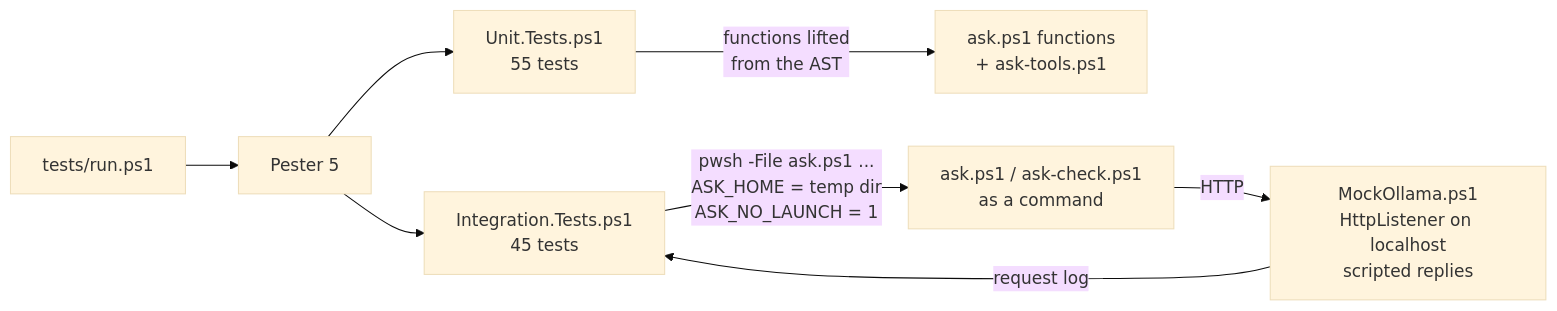
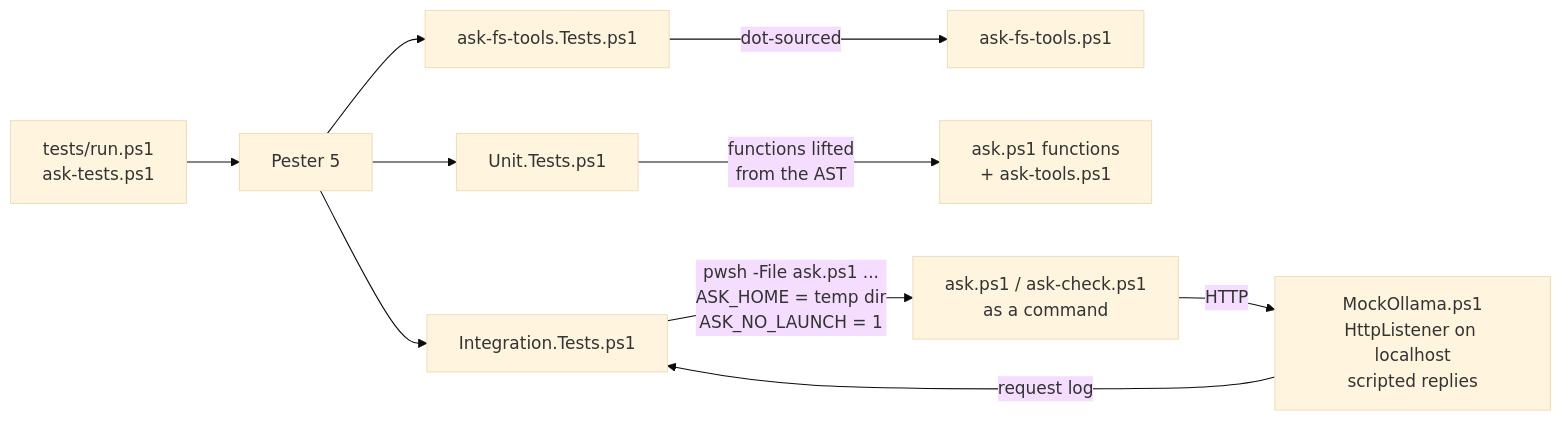
The seventh of 7 diagrams in README.md (cschladetsch/Ps1Ask), drawn with Mermaid (base theme) before and after one commit. The commit also changed other lines of this file, not shown here.

````diff
--- a/README.md
+++ b/README.md
@@ -472,10 +523,12 @@
 ```mermaid
 flowchart LR
-    R["tests/run.ps1"] --> P["Pester 5"]
-    P --> U["Unit.Tests.ps1\n55 tests"]
-    P --> I["Integration.Tests.ps1\n45 tests"]
+    R["tests/run.ps1\nask-tests.ps1"] --> P["Pester 5"]
+    P --> U["Unit.Tests.ps1"]
+    P --> I["Integration.Tests.ps1"]
+    P --> F["ask-fs-tools.Tests.ps1"]
+    F -->|"dot-sourced"| A3["ask-fs-tools.ps1"]
     U -->|"functions lifted\nfrom the AST"| A1["ask.ps1 functions\n+ ask-tools.ps1"]
     I -->|"pwsh -File ask.ps1 ...\nASK_HOME = temp dir\nASK_NO_LAUNCH = 1"| A2["ask.ps1 / ask-check.ps1\nas a command"]
     A2 -->|HTTP| M["MockOllama.ps1\nHttpListener on localhost\nscripted replies"]
     M -->|"request log"| I
 ```
````
